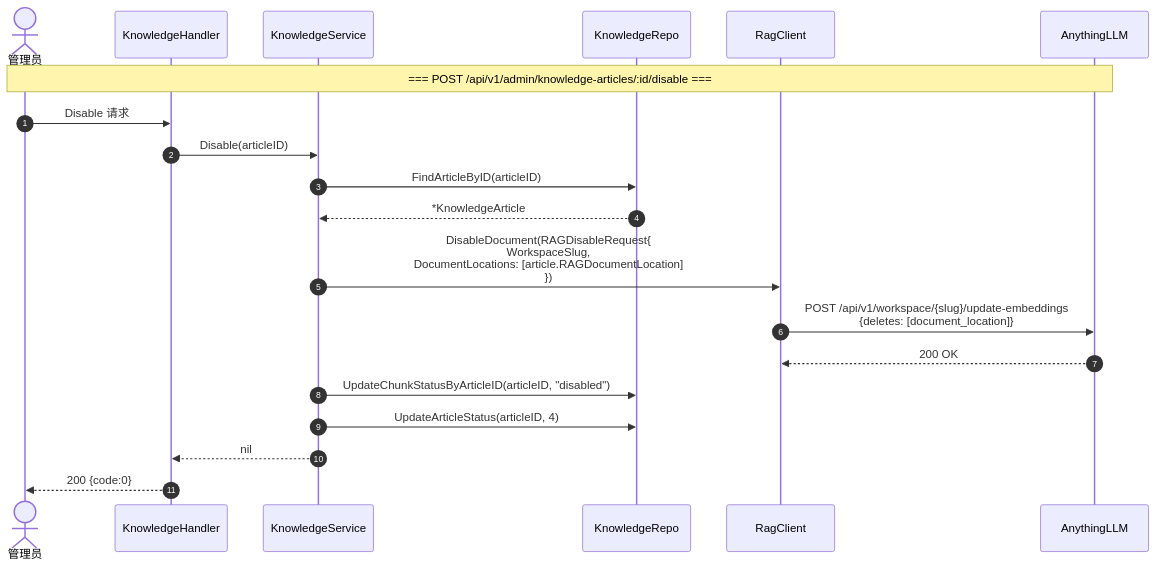
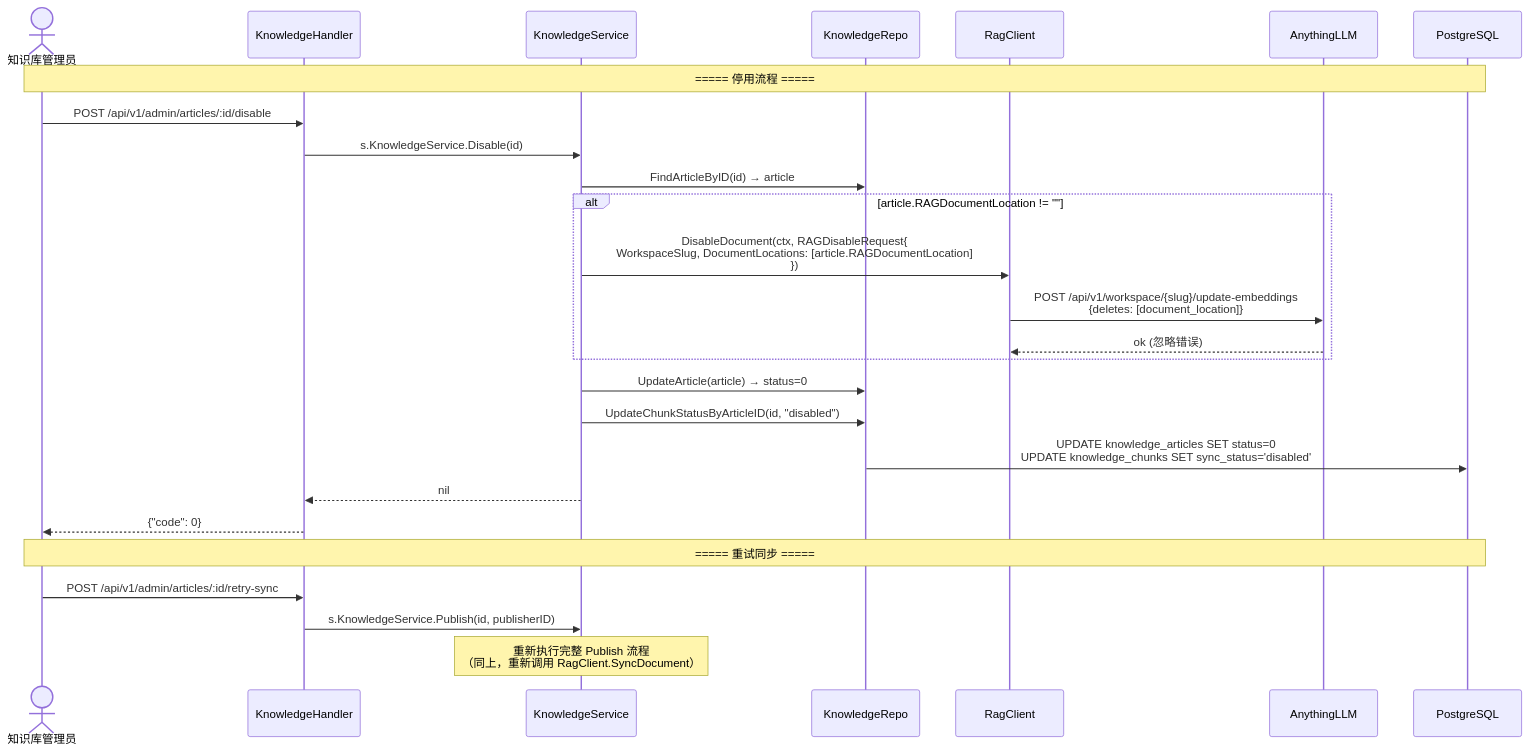
One commit to hua-2005/OpsMind changed the fourth of 5 diagrams in docs/diagrams/knowledge-publish-flow.md. Above: the diagram before and after it, drawn with Mermaid. The commit also changed other lines of this file and 9 other files, not shown here.

First line of the commit message:
docs: 合并业务数据流图表 — 精确到函数名的 Mermaid 图表集

````diff
--- a/docs/diagrams/knowledge-publish-flow.md
+++ b/docs/diagrams/knowledge-publish-flow.md
@@ -172,28 +146,34 @@
 ```mermaid
 sequenceDiagram
-    autonumber
-    actor Admin as 管理员
-    participant H as KnowledgeHandler
-    participant S as KnowledgeService
-    participant R as KnowledgeRepo
-    participant RC as RagClient
+    actor A as 知识库管理员
+    participant KH as KnowledgeHandler
+    participant KS as KnowledgeService
+    participant KR as KnowledgeRepo
+    participant Rag as RagClient
     participant AL as AnythingLLM
+    participant DB as PostgreSQL
 
-    Note over Admin,AL: === POST /api/v1/admin/knowledge-articles/:id/disable ===
+    Note over A,DB: ===== 停用流程 =====
+    A->>KH: POST /api/v1/admin/articles/:id/disable
+    KH->>KS: s.KnowledgeService.Disable(id)
+    
+    KS->>KR: FindArticleByID(id) → article
+    
+    alt article.RAGDocumentLocation != ""
+        KS->>Rag: DisableDocument(ctx, RAGDisableRequest{<br/>  WorkspaceSlug, DocumentLocations: [article.RAGDocumentLocation]<br/>})
+        Rag->>AL: POST /api/v1/workspace/{slug}/update-embeddings<br/>{deletes: [document_location]}
+        AL-->>Rag: ok (忽略错误)
+    end
+    
+    KS->>KR: UpdateArticle(article) → status=0
+    KS->>KR: UpdateChunkStatusByArticleID(id, "disabled")
+    KR->>DB: UPDATE knowledge_articles SET status=0<br/>UPDATE knowledge_chunks SET sync_status='disabled'
+    
+    KS-->>KH: nil
+    KH-->>A: {"code": 0}
 
-    Admin->>H: Disable 请求
-    H->>S: Disable(articleID)
-
-    S->>R: FindArticleByID(articleID)
-    R-->>S: *KnowledgeArticle
-
-    S->>RC: DisableDocument(RAGDisableRequest{<br/>  WorkspaceSlug,<br/>  DocumentLocations: [article.RAGDocumentLocation]<br/>})
-    RC->>AL: POST /api/v1/workspace/{slug}/update-embeddings<br/>{deletes: [document_location]}
-    AL-->>RC: 200 OK
-
-    S->>R: UpdateChunkStatusByArticleID(articleID, "disabled")
-    S->>R: UpdateArticleStatus(articleID, 4)
-
-    S-->>H: nil
-    H-->>Admin: 200 {code:0}
+    Note over A,DB: ===== 重试同步 =====
+    A->>KH: POST /api/v1/admin/articles/:id/retry-sync
+    KH->>KS: s.KnowledgeService.Publish(id, publisherID)
+    Note over KS: 重新执行完整 Publish 流程<br/>（同上，重新调用 RagClient.SyncDocument）
 ```
````
